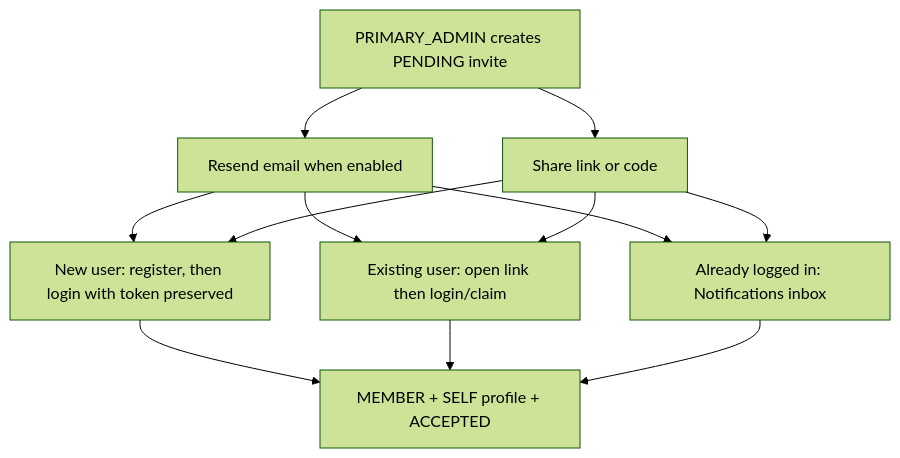
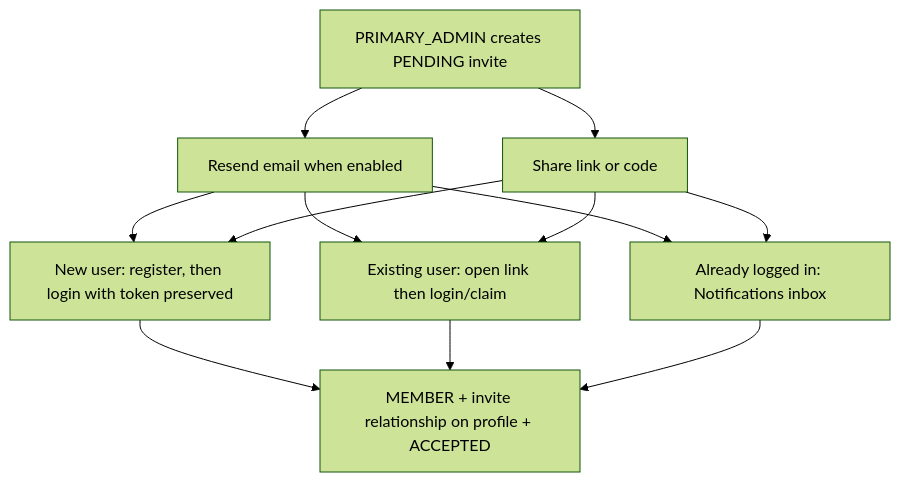
One commit to CanMakan-Team/CanMakan changed the diagram in docs/api/families.md. Above: the diagram before and after it, drawn with Mermaid (forest theme). The commit also changed other lines of this file and 38 other files, not shown here.

````diff
--- a/docs/api/families.md
+++ b/docs/api/families.md
@@ -308,14 +314,14 @@
 ```mermaid
 flowchart TD
   Admin[PRIMARY_ADMIN creates PENDING invite] --> Email[Resend email when enabled]
   Admin --> Share[Share link or code]
   Email --> PathA[New user: register, then login with token preserved]
   Share --> PathA
   Email --> PathB[Existing user: open link then login/claim]
   Share --> PathB
   Email --> PathC[Already logged in: Notifications inbox]
   Share --> PathC
-  PathA --> Join[MEMBER + SELF profile + ACCEPTED]
+  PathA --> Join[MEMBER + invite relationship on profile + ACCEPTED]
   PathB --> Join
   PathC --> Join
 ```
````
